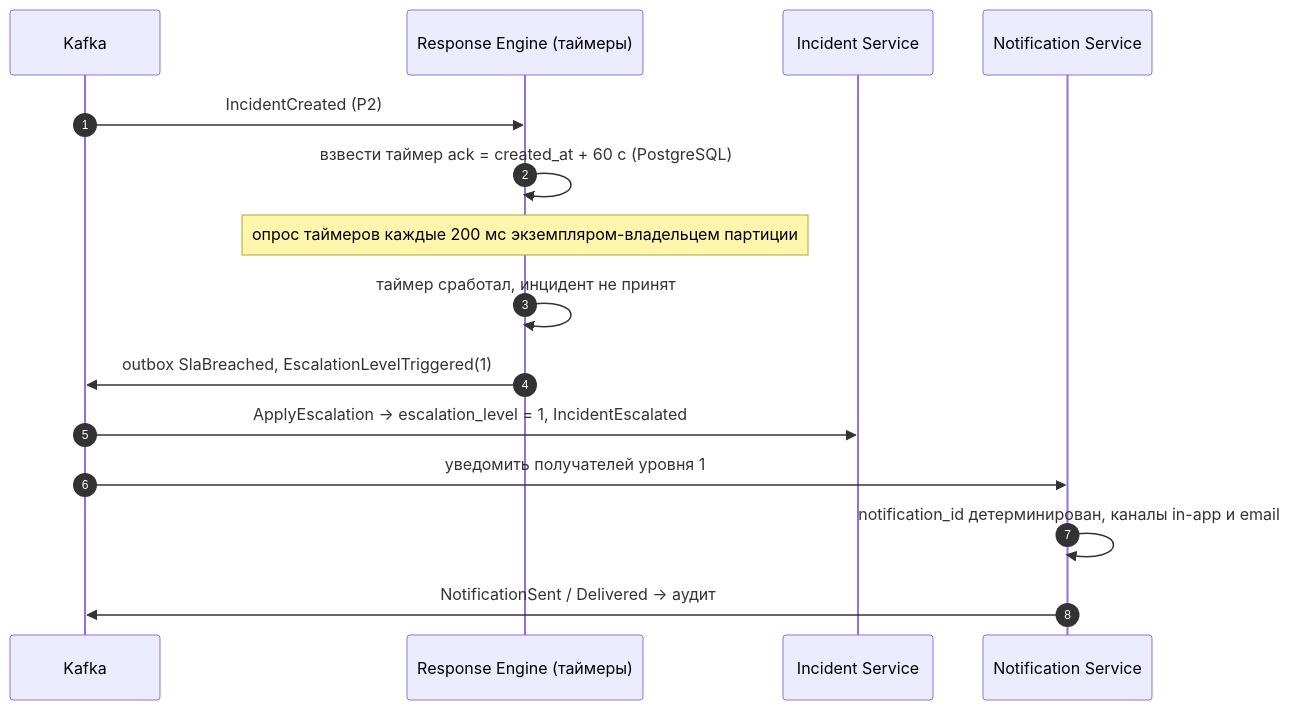
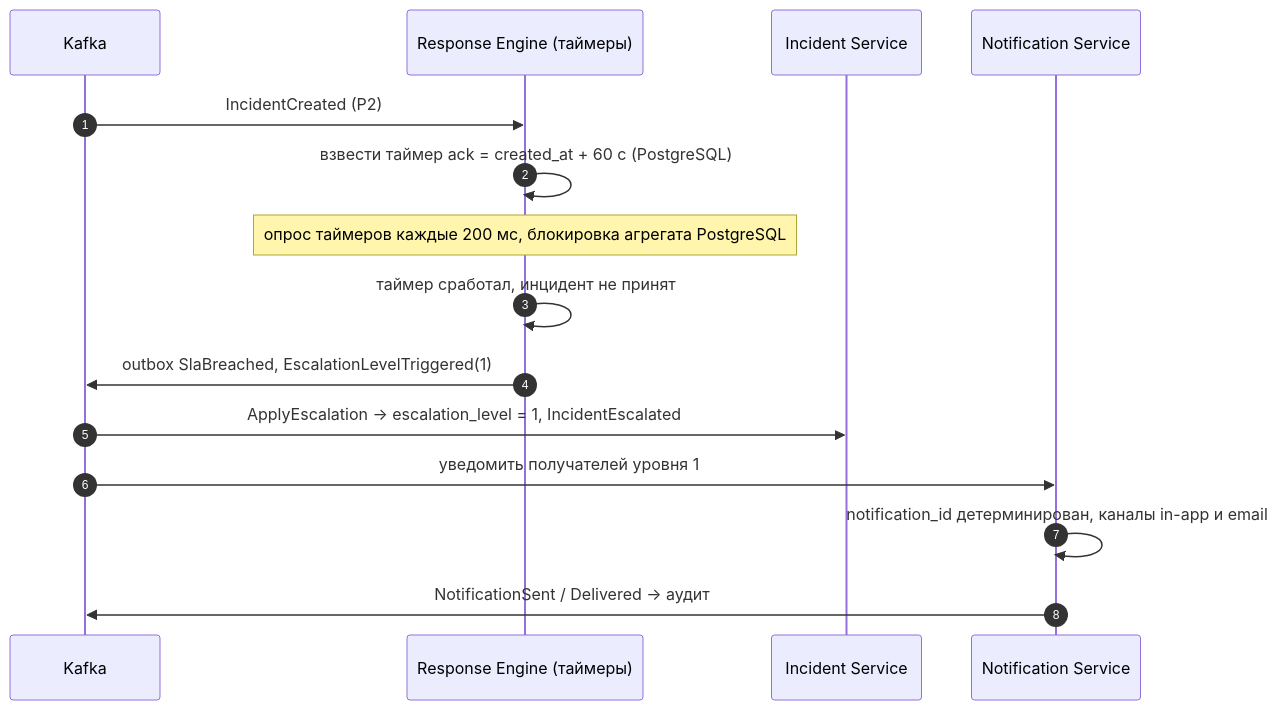
Before and after one commit to d8zerg/psim: the fourth of 6 diagrams in docs/architecture/runtime-view.md, drawn with Mermaid. The commit also changed 63 other files, not shown here.

````diff
--- a/docs/architecture/runtime-view.md
+++ b/docs/architecture/runtime-view.md
@@ -104,18 +104,18 @@
 ```mermaid
 sequenceDiagram
     autonumber
     participant K as Kafka
     participant RE as Response Engine (таймеры)
     participant IS as Incident Service
     participant NS as Notification Service
 
     K->>RE: IncidentCreated (P2)
     RE->>RE: взвести таймер ack = created_at + 60 с (PostgreSQL)
-    Note over RE: опрос таймеров каждые 200 мс экземпляром-владельцем партиции
+    Note over RE: опрос таймеров каждые 200 мс, блокировка агрегата PostgreSQL
     RE->>RE: таймер сработал, инцидент не принят
     RE->>K: outbox SlaBreached, EscalationLevelTriggered(1)
     K->>IS: ApplyEscalation -> escalation_level = 1, IncidentEscalated
     K->>NS: уведомить получателей уровня 1
     NS->>NS: notification_id детерминирован, каналы in-app и email
     NS->>K: NotificationSent / Delivered -> аудит
 ```
````
